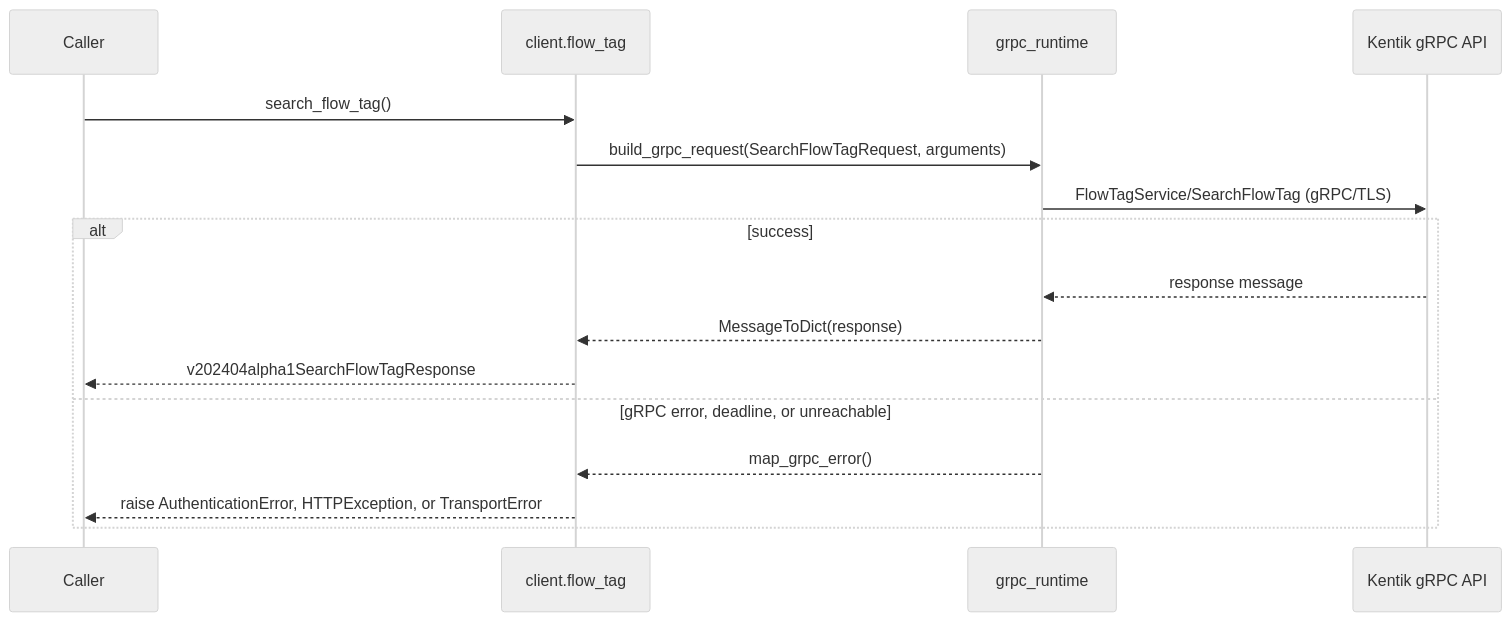
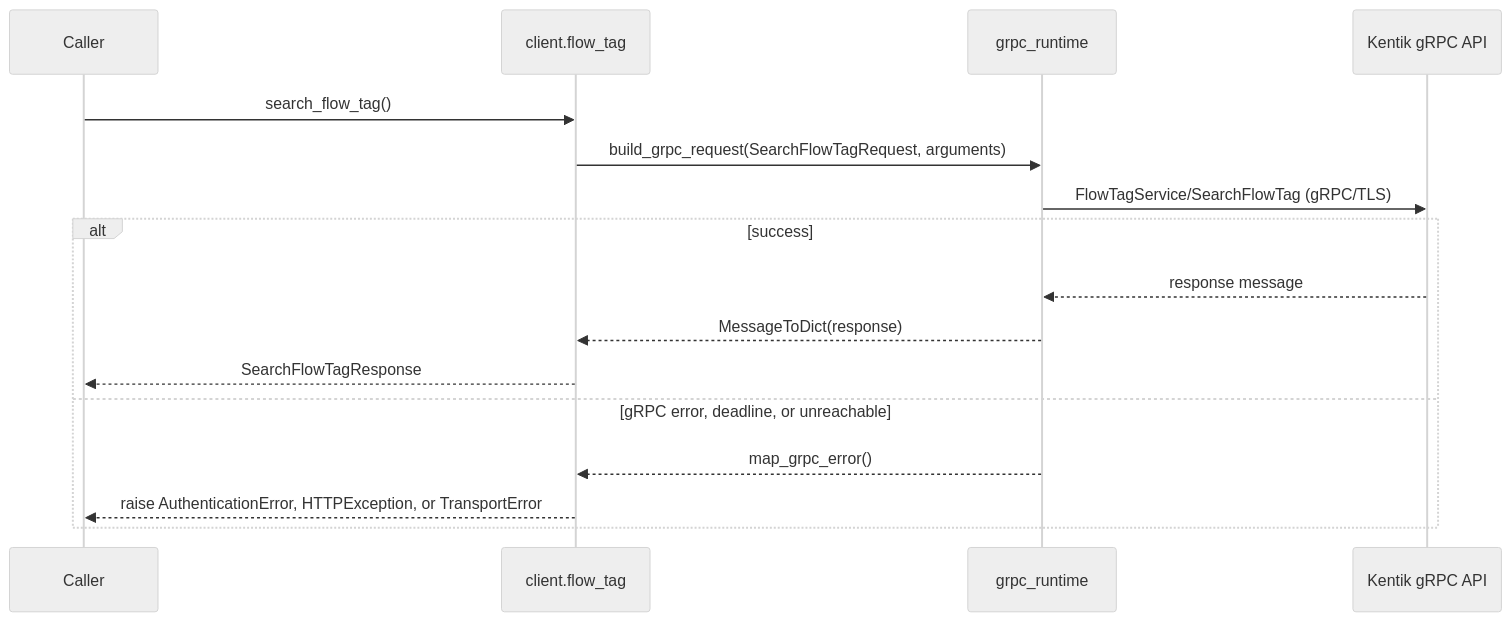
One commit to alexdearaujo/community_sdk_python changed the third of 12 diagrams in docs/sphinx/services/flow_tag.md. Above: the diagram before and after it, drawn with Mermaid (neutral theme). The commit also changed other lines of this file and 38 other files, not shown here.

````diff
--- a/docs/sphinx/services/flow_tag.md
+++ b/docs/sphinx/services/flow_tag.md
@@ -59,19 +59,19 @@
 ```mermaid
 sequenceDiagram
     participant C as Caller
     participant W as client.flow_tag
     participant R as grpc_runtime
     participant API as Kentik gRPC API
 
     C->>W: search_flow_tag()
     W->>R: build_grpc_request(SearchFlowTagRequest, arguments)
     R->>API: FlowTagService/SearchFlowTag (gRPC/TLS)
     alt success
         API-->>R: response message
         R-->>W: MessageToDict(response)
-        W-->>C: v202404alpha1SearchFlowTagResponse
+        W-->>C: SearchFlowTagResponse
     else gRPC error, deadline, or unreachable
         R-->>W: map_grpc_error()
         W-->>C: raise AuthenticationError, HTTPException, or TransportError
     end
 ```
````
